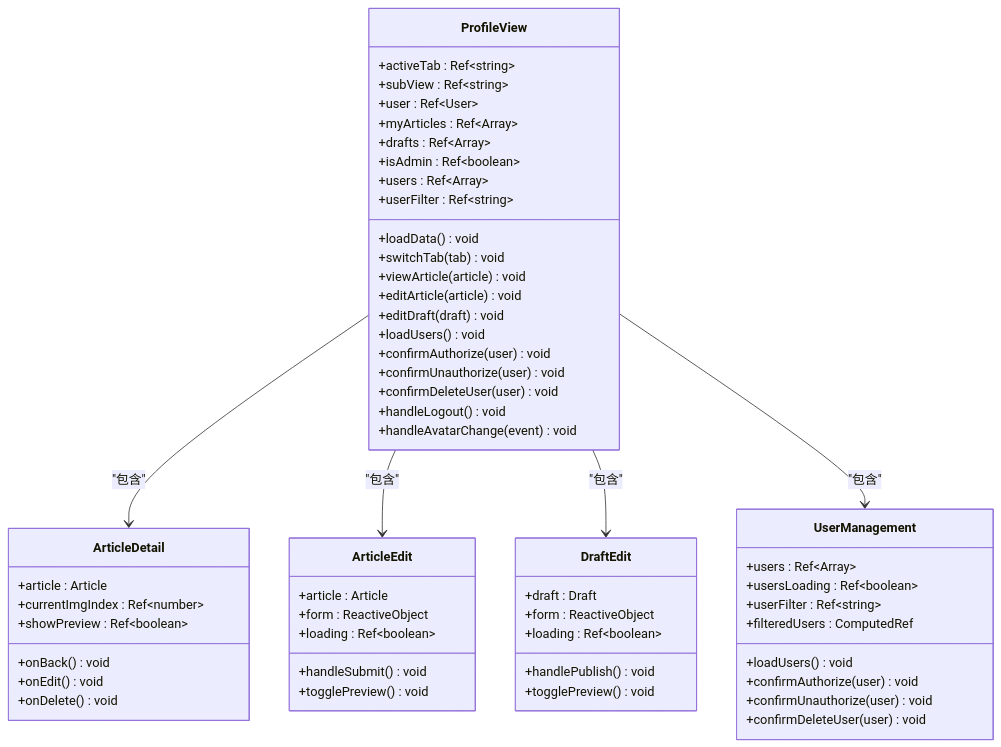
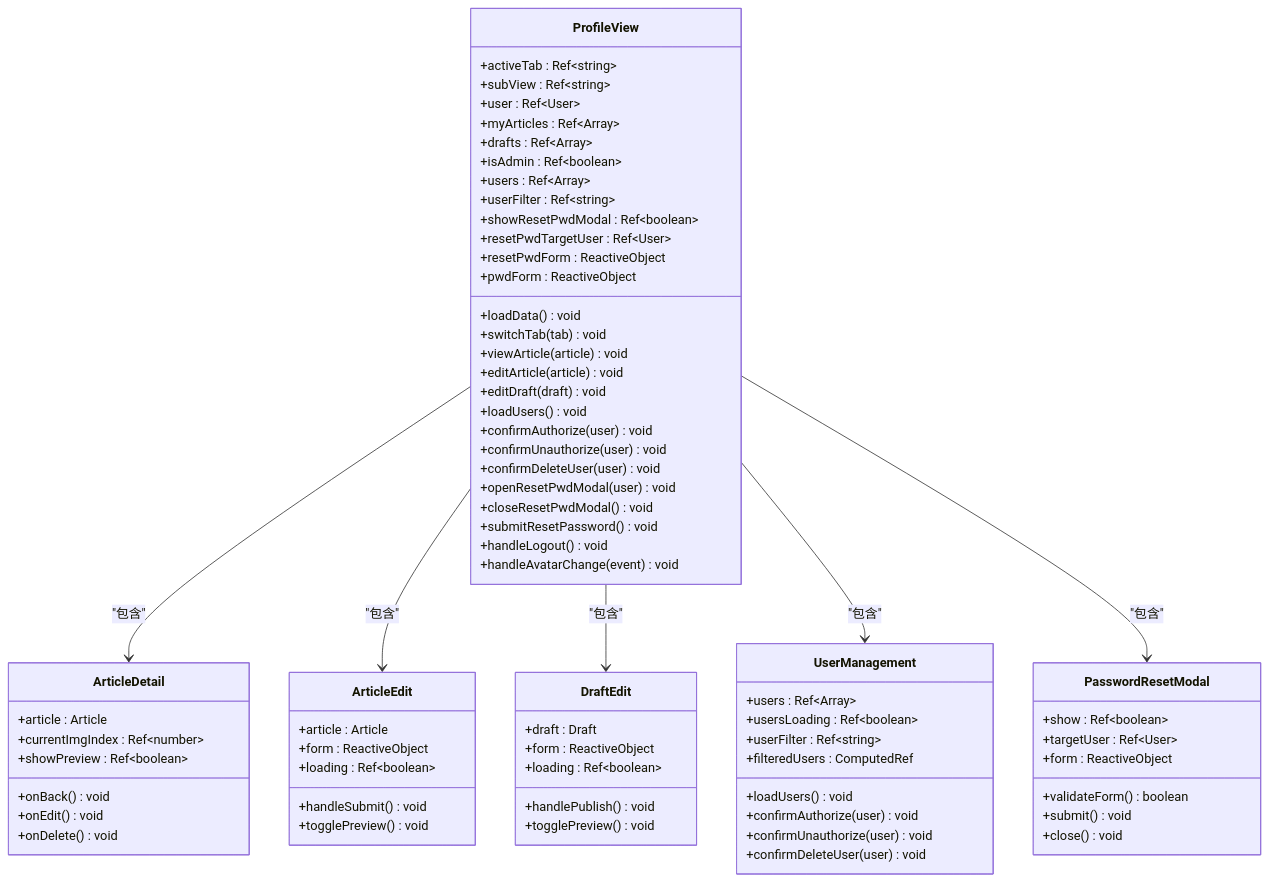
One commit to 20164206160/zhishilu changed the third of 18 diagrams in .qoder/repowiki/zh/content/Profile View.md. Above: the diagram before and after it, drawn with Mermaid. The commit also changed other lines of this file and 16 other files, not shown here.

````diff
--- a/.qoder/repowiki/zh/content/Profile View.md
+++ b/.qoder/repowiki/zh/content/Profile View.md
@@ -177,60 +191,76 @@
 ```mermaid
 classDiagram
 class ProfileView {
 +activeTab : Ref~string~
 +subView : Ref~string~
 +user : Ref~User~
 +myArticles : Ref~Array~
 +drafts : Ref~Array~
 +isAdmin : Ref~boolean~
 +users : Ref~Array~
 +userFilter : Ref~string~
++showResetPwdModal : Ref~boolean~
++resetPwdTargetUser : Ref~User~
++resetPwdForm : ReactiveObject
++pwdForm : ReactiveObject
 +loadData() void
 +switchTab(tab) void
 +viewArticle(article) void
 +editArticle(article) void
 +editDraft(draft) void
 +loadUsers() void
 +confirmAuthorize(user) void
 +confirmUnauthorize(user) void
 +confirmDeleteUser(user) void
++openResetPwdModal(user) void
++closeResetPwdModal() void
++submitResetPassword() void
 +handleLogout() void
 +handleAvatarChange(event) void
 }
 class ArticleDetail {
 +article : Article
 +currentImgIndex : Ref~number~
 +showPreview : Ref~boolean~
 +onBack() void
 +onEdit() void
 +onDelete() void
 }
 class ArticleEdit {
 +article : Article
 +form : ReactiveObject
 +loading : Ref~boolean~
 +handleSubmit() void
 +togglePreview() void
 }
 class DraftEdit {
 +draft : Draft
 +form : ReactiveObject
 +loading : Ref~boolean~
 +handlePublish() void
 +togglePreview() void
 }
 class UserManagement {
 +users : Ref~Array~
 +usersLoading : Ref~boolean~
 +userFilter : Ref~string~
 +filteredUsers : ComputedRef
 +loadUsers() void
 +confirmAuthorize(user) void
 +confirmUnauthorize(user) void
 +confirmDeleteUser(user) void
 }
+class PasswordResetModal {
++show : Ref~boolean~
++targetUser : Ref~User~
++form : ReactiveObject
++validateForm() boolean
++submit() void
++close() void
+}
 ProfileView --> ArticleDetail : "包含"
 ProfileView --> ArticleEdit : "包含"
 ProfileView --> DraftEdit : "包含"
 ProfileView --> UserManagement : "包含"
+ProfileView --> PasswordResetModal : "包含"
 ```
````
